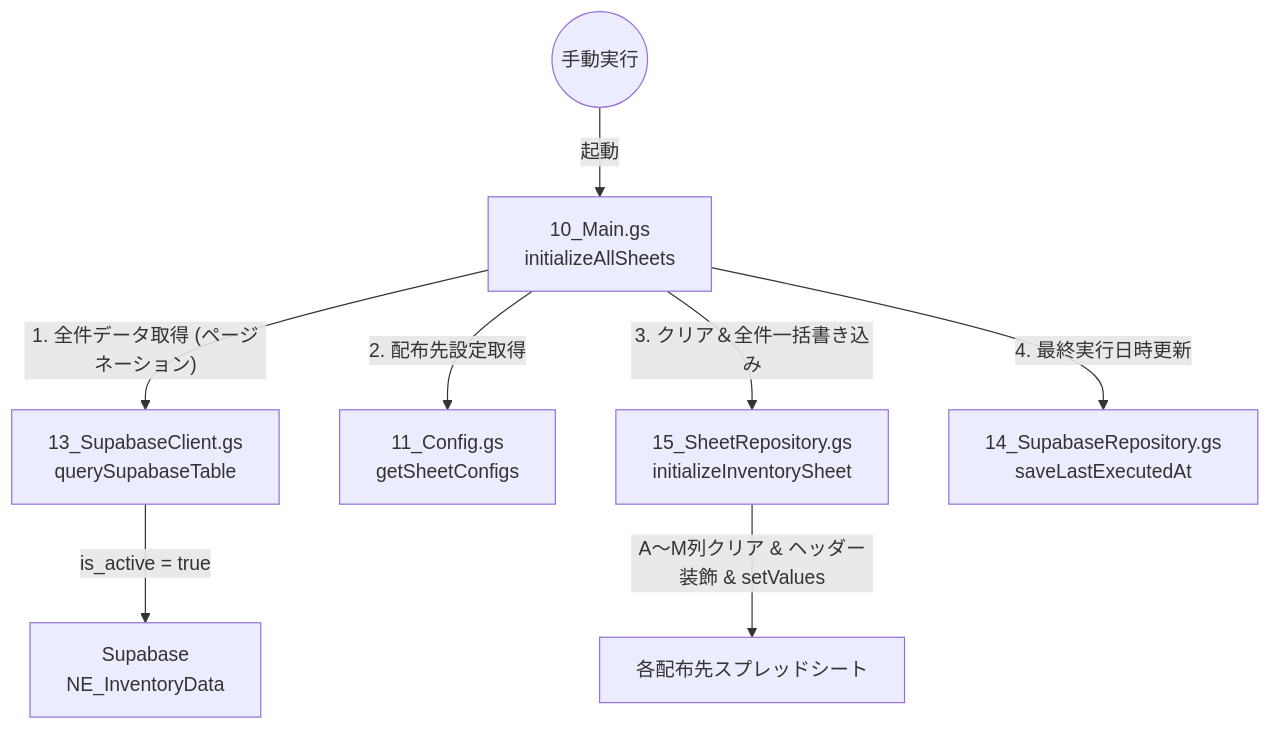
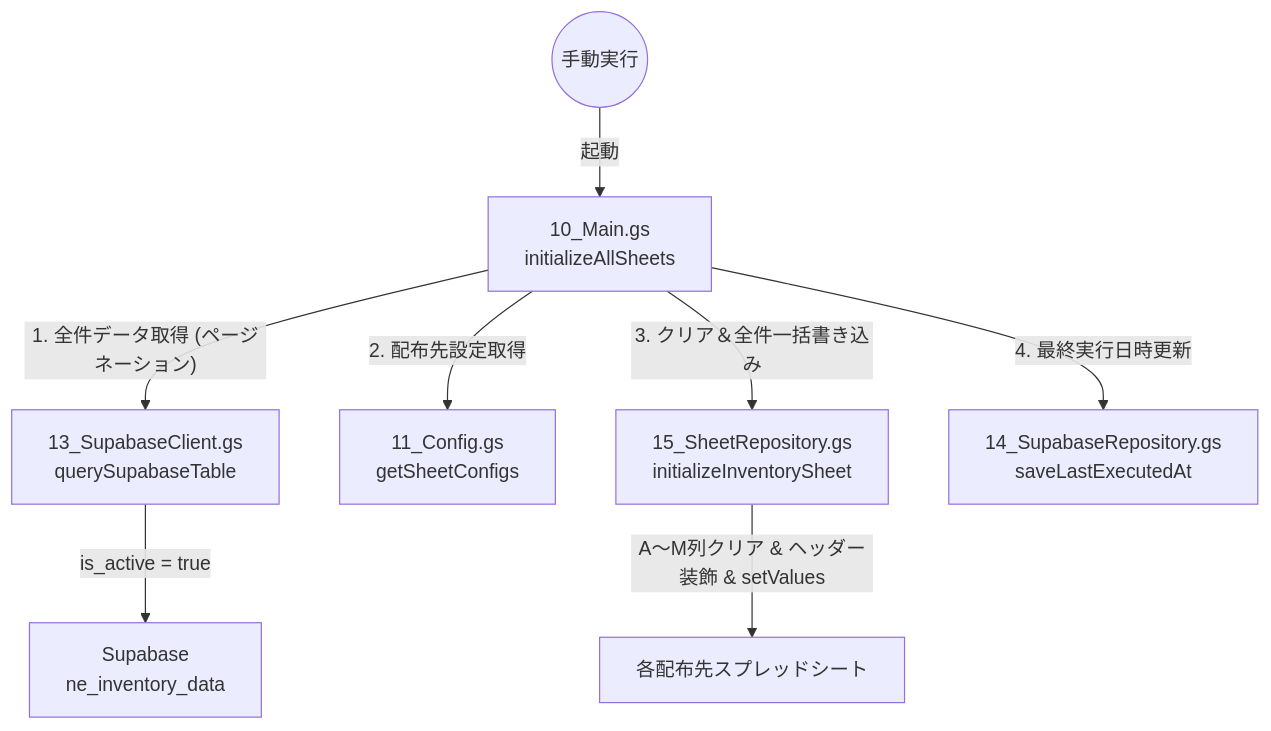
One commit to Hide-JZX100/Supabase changed the third of 3 diagrams in DistributeInventory/README.md. Above: the diagram before and after it, drawn with Mermaid. The commit also changed other lines of this file and 7 other files, not shown here.

````diff
--- a/DistributeInventory/README.md
+++ b/DistributeInventory/README.md
@@ -64,16 +64,16 @@
 ```mermaid
 graph TD
     User((手動実行)) -->|起動| Main[10_Main.gs<br>initializeAllSheets]
     
     %% 全件取得
     Main -->|"1. 全件データ取得 (ページネーション)"| Client[13_SupabaseClient.gs<br>querySupabaseTable]
-    Client -->|"is_active = true"| Supabase["Supabase<br>NE_InventoryData"]
+    Client -->|"is_active = true"| Supabase["Supabase<br>ne_inventory_data"]
     
     %% 初期化ループ
     Main -->|"2. 配布先設定取得"| Config[11_Config.gs<br>getSheetConfigs]
     Main -->|"3. クリア＆全件一括書き込み"| SheetRepo[15_SheetRepository.gs<br>initializeInventorySheet]
     SheetRepo -->|"A〜M列クリア & ヘッダー装飾 & setValues"| Sheets["各配布先スプレッドシート"]
     
     %% 後処理
     Main -->|"4. 最終実行日時更新"| Repo[14_SupabaseRepository.gs<br>saveLastExecutedAt]
 ```
````
